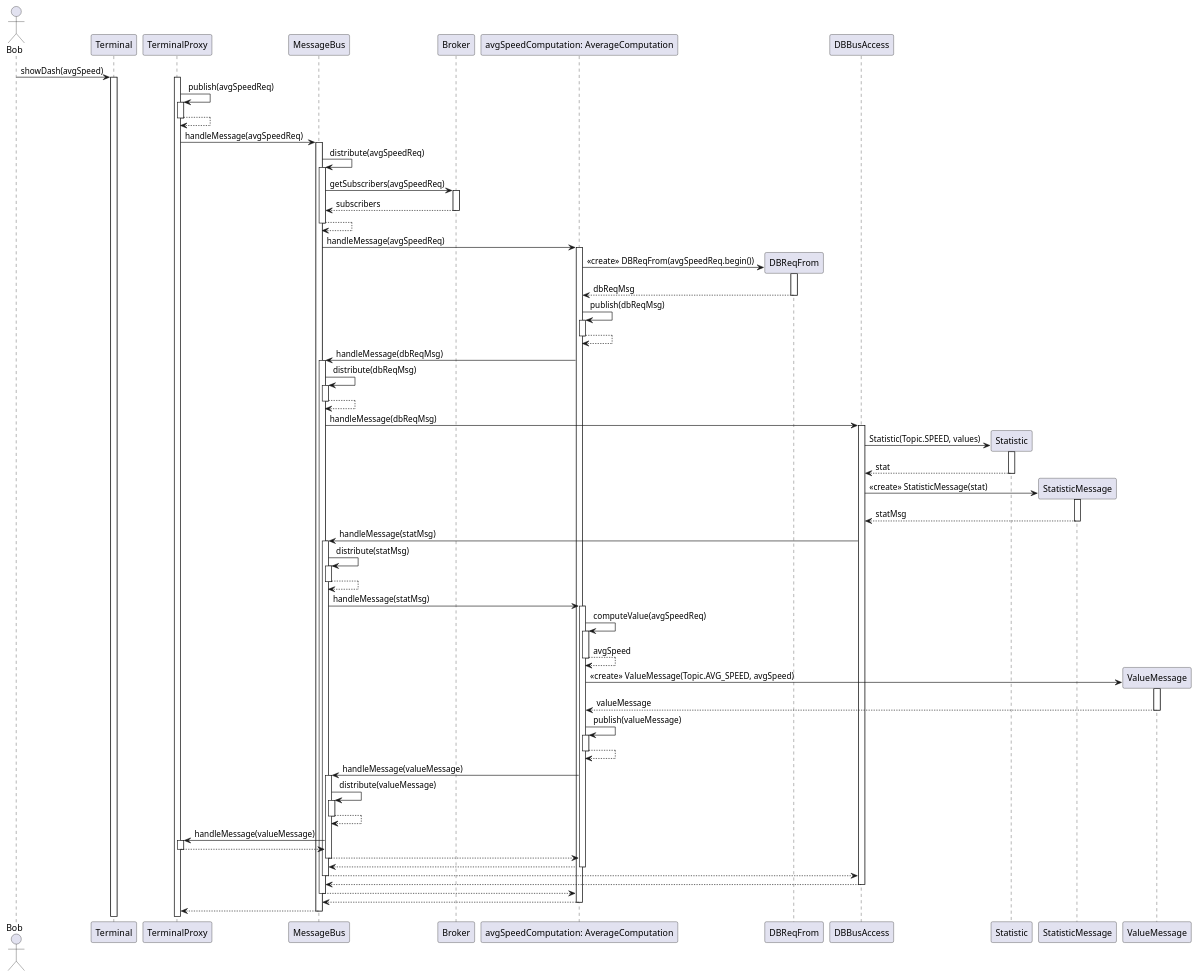
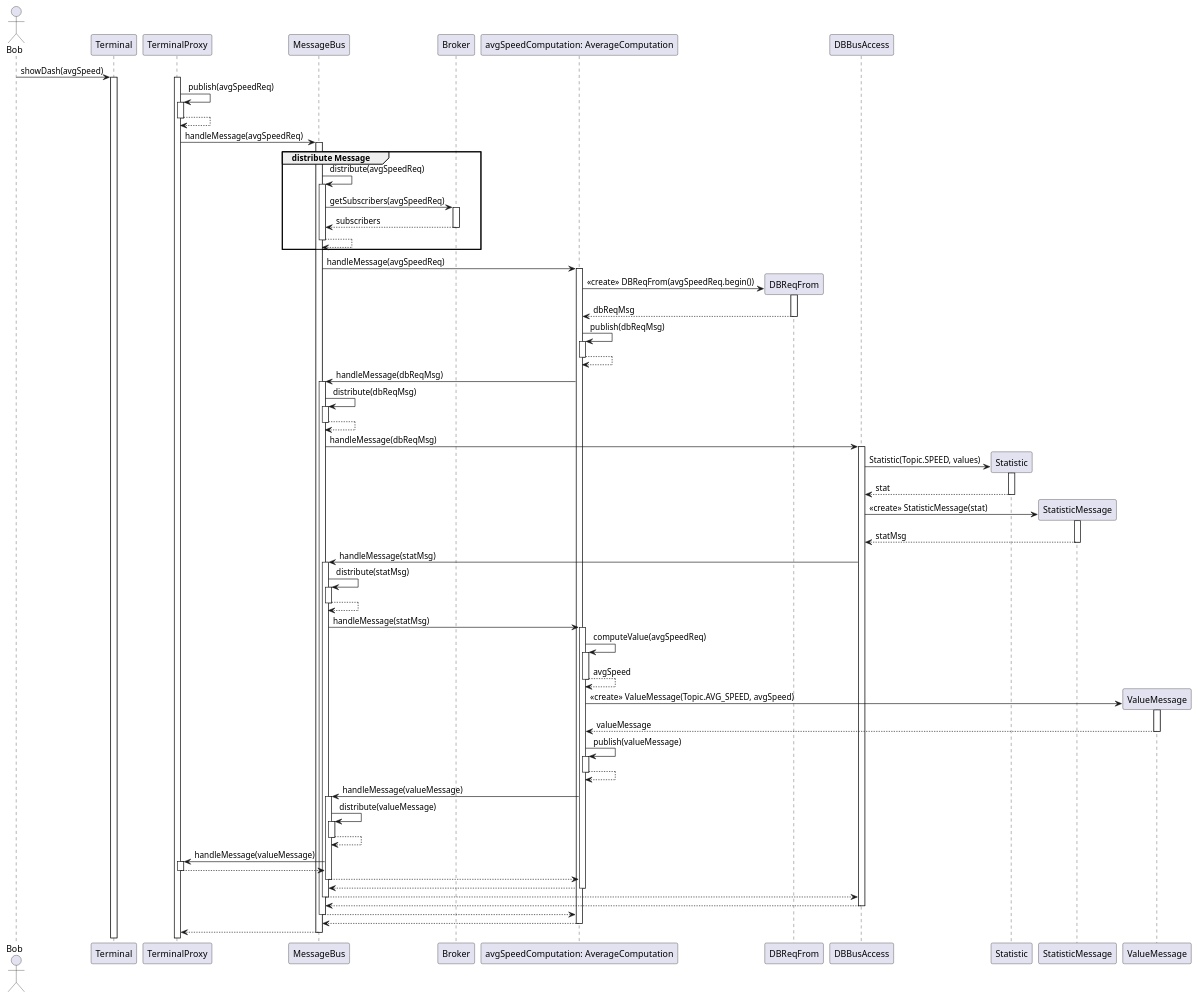
One commit to uzdry/PSE changed the diagram in Entwurf/diagrams/StatsDBSeq.wsd. Above: the diagram before and after it, drawn with PlantUML. The commit also changed 17 other files, not shown here.

Commit message:
Sequence Stats small Bus update

```diff
--- a/Entwurf/diagrams/StatsDBSeq.wsd
+++ b/Entwurf/diagrams/StatsDBSeq.wsd
@@ -1,148 +1,152 @@
 @startuml
 
 actor Bob
 
 participant Terminal
 
 participant TerminalProxy
 
 participant MessageBus
 
 participant Broker
 
 participant "avgSpeedComputation: AverageComputation" as AVGSCALC
 
 participant DBReqFrom
 
 participant DBBusAccess
 
 Bob -> Terminal: showDash(avgSpeed)
 activate Terminal
 
 activate TerminalProxy
 TerminalProxy -> TerminalProxy: publish(avgSpeedReq)
 activate TerminalProxy
 
 TerminalProxy --> TerminalProxy:
 deactivate TerminalProxy
 
 TerminalProxy -> MessageBus: handleMessage(avgSpeedReq)
 activate MessageBus
 
-MessageBus -> MessageBus: distribute(avgSpeedReq)
-activate MessageBus
+group distribute Message
 
-MessageBus -> Broker: getSubscribers(avgSpeedReq)
-activate Broker
+	MessageBus -> MessageBus: distribute(avgSpeedReq)
+	activate MessageBus
 
-Broker --> MessageBus: subscribers
-deactivate Broker
+	MessageBus -> Broker: getSubscribers(avgSpeedReq)
+	activate Broker
 
-MessageBus --> MessageBus:
-deactivate MessageBus
+	Broker --> MessageBus: subscribers
+	deactivate Broker
+
+	MessageBus --> MessageBus:
+	deactivate MessageBus
+
+end
 
 MessageBus -> AVGSCALC: handleMessage(avgSpeedReq)
 activate AVGSCALC
 
 create DBReqFrom
 
 AVGSCALC -> DBReqFrom: <<create>> DBReqFrom(avgSpeedReq.begin())
 activate DBReqFrom
 DBReqFrom --> AVGSCALC: dbReqMsg
 deactivate DBReqFrom
 
 AVGSCALC -> AVGSCALC: publish(dbReqMsg)
 activate AVGSCALC
 AVGSCALC --> AVGSCALC:
 deactivate AVGSCALC
 
 AVGSCALC -> MessageBus: handleMessage(dbReqMsg)
 activate MessageBus
 MessageBus -> MessageBus: distribute(dbReqMsg)
 activate MessageBus
 MessageBus --> MessageBus:
 deactivate MessageBus
 MessageBus -> DBBusAccess: handleMessage(dbReqMsg)
 activate DBBusAccess
 
 create Statistic
 
 DBBusAccess -> Statistic: Statistic(Topic.SPEED, values)
 activate Statistic
 Statistic --> DBBusAccess: stat
 deactivate Statistic
 
 create StatisticMessage
 DBBusAccess -> StatisticMessage: <<create>> StatisticMessage(stat)
 activate StatisticMessage
 
 StatisticMessage --> DBBusAccess: statMsg
 deactivate StatisticMessage
 
 DBBusAccess -> MessageBus: handleMessage(statMsg)
 activate MessageBus
 
 MessageBus -> MessageBus: distribute(statMsg)
 activate MessageBus
 
 MessageBus --> MessageBus:
 deactivate MessageBus
 
 MessageBus -> AVGSCALC: handleMessage(statMsg)
 activate AVGSCALC
 
 
 AVGSCALC -> AVGSCALC: computeValue(avgSpeedReq)
 activate AVGSCALC
 AVGSCALC --> AVGSCALC: avgSpeed
 deactivate AVGSCALC
 
 create ValueMessage
 
 AVGSCALC -> ValueMessage: <<create>> ValueMessage(Topic.AVG_SPEED, avgSpeed)
 activate ValueMessage
 ValueMessage --> AVGSCALC: valueMessage
 deactivate ValueMessage
 
 AVGSCALC -> AVGSCALC: publish(valueMessage)
 activate AVGSCALC
 AVGSCALC --> AVGSCALC:
 deactivate AVGSCALC
 
 AVGSCALC -> MessageBus: handleMessage(valueMessage)
 activate MessageBus
 
 MessageBus -> MessageBus: distribute(valueMessage)
 activate MessageBus
 MessageBus --> MessageBus
 deactivate MessageBus
 
 MessageBus -> TerminalProxy: handleMessage(valueMessage)
 activate TerminalProxy
 
 TerminalProxy --> MessageBus:
 deactivate TerminalProxy
 
 MessageBus --> AVGSCALC:
 deactivate MessageBus
 
 AVGSCALC --> MessageBus
 deactivate AVGSCALC
 
 MessageBus --> DBBusAccess
 deactivate MessageBus
 
 DBBusAccess --> MessageBus
 deactivate DBBusAccess
 
 MessageBus --> AVGSCALC
 deactivate MessageBus
 
 AVGSCALC --> MessageBus
 deactivate AVGSCALC
 
 MessageBus --> TerminalProxy
 deactivate MessageBus
 
 
 @enduml
```
